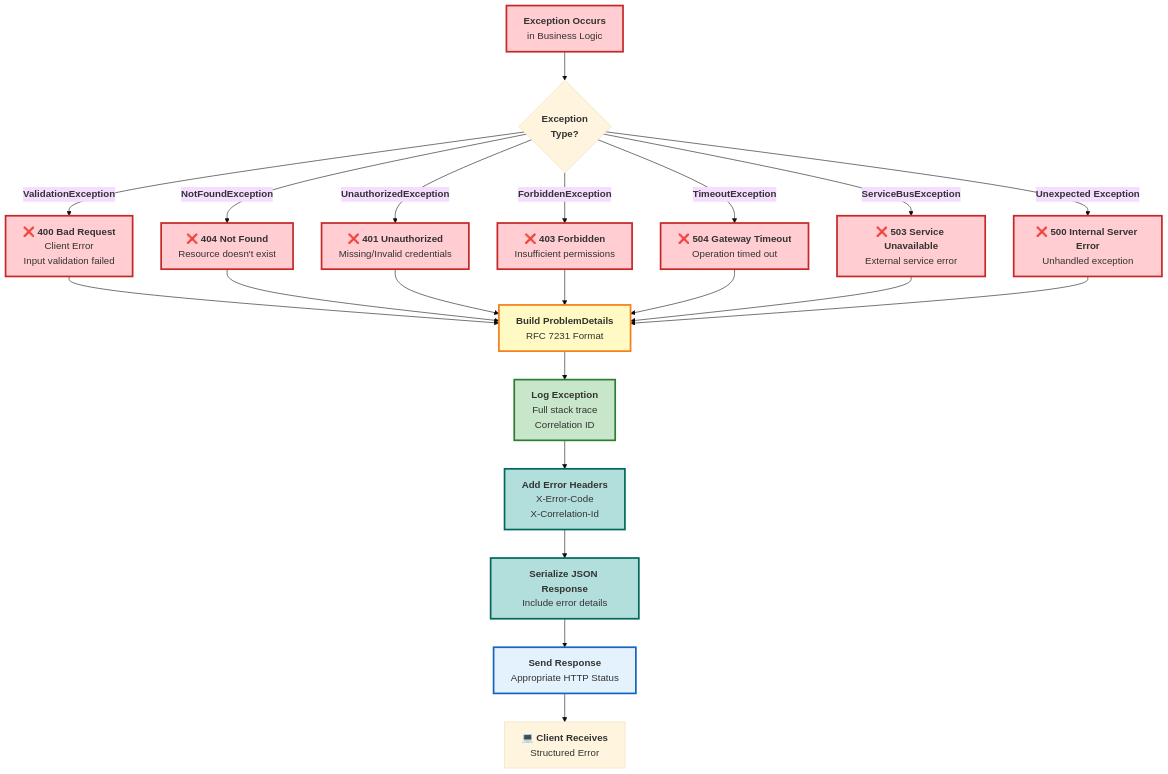
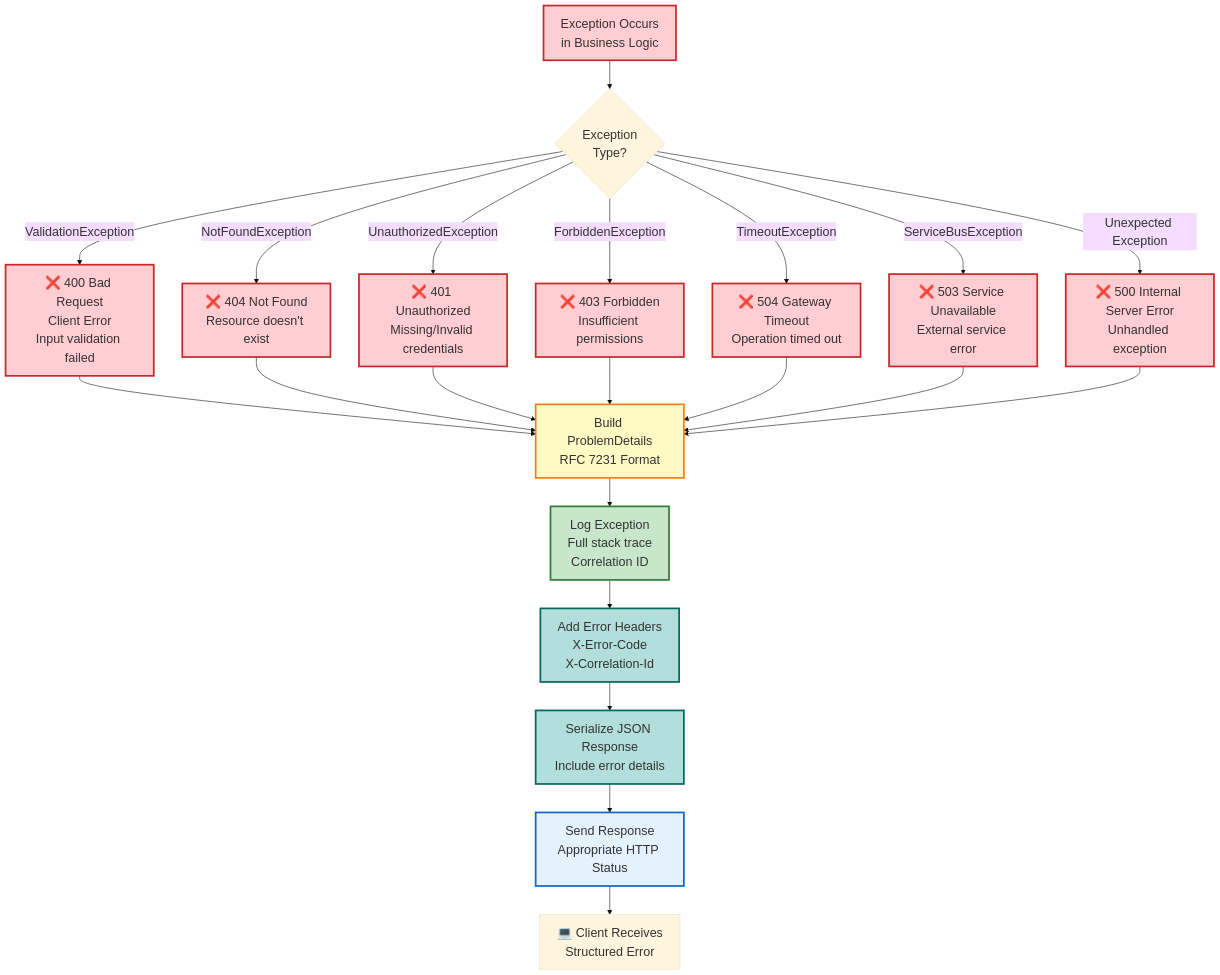
The ninth of 12 diagrams in services/api/ARCHITECTURE.md (debdevops/servicehub), drawn with Mermaid before and after one commit. The commit also changed other lines of this file and 1 other file, not shown here.

````diff
--- a/services/api/ARCHITECTURE.md
+++ b/services/api/ARCHITECTURE.md
@@ -509,41 +509,41 @@
 ```mermaid
-%%{init: {'theme':'base', 'themeVariables': { 'fontSize':'17px'}}}%%
+%%{init: {'theme':'base', 'themeVariables': { 'fontSize':'22px'}}}%%
 graph TD
-    A["<b>Exception Occurs</b><br/>in Business Logic"] --> B{<b>Exception<br/>Type?</b>}
+    A["Exception Occurs<br/>in Business Logic"] --> B{Exception<br/>Type?}
     
-    B -->|<b>ValidationException</b>| C["❌ <b>400 Bad Request</b><br/>Client Error<br/>Input validation failed"]
-    B -->|<b>NotFoundException</b>| D["❌ <b>404 Not Found</b><br/>Resource doesn't exist"]
-    B -->|<b>UnauthorizedException</b>| E["❌ <b>401 Unauthorized</b><br/>Missing/Invalid credentials"]
-    B -->|<b>ForbiddenException</b>| F["❌ <b>403 Forbidden</b><br/>Insufficient permissions"]
-    B -->|<b>TimeoutException</b>| G["❌ <b>504 Gateway Timeout</b><br/>Operation timed out"]
-    B -->|<b>ServiceBusException</b>| H["❌ <b>503 Service Unavailable</b><br/>External service error"]
-    B -->|<b>Unexpected Exception</b>| I["❌ <b>500 Internal Server Error</b><br/>Unhandled exception"]
+    B -->|ValidationException| C["❌ 400 Bad Request<br/>Client Error<br/>Input validation failed"]
+    B -->|NotFoundException| D["❌ 404 Not Found<br/>Resource doesn't exist"]
+    B -->|UnauthorizedException| E["❌ 401 Unauthorized<br/>Missing/Invalid credentials"]
+    B -->|ForbiddenException| F["❌ 403 Forbidden<br/>Insufficient permissions"]
+    B -->|TimeoutException| G["❌ 504 Gateway Timeout<br/>Operation timed out"]
+    B -->|ServiceBusException| H["❌ 503 Service Unavailable<br/>External service error"]
+    B -->|Unexpected Exception| I["❌ 500 Internal Server Error<br/>Unhandled exception"]
     
-    C --> J["<b>Build ProblemDetails</b><br/>RFC 7231 Format"]
+    C --> J["Build ProblemDetails<br/>RFC 7231 Format"]
     D --> J
     E --> J
     F --> J
     G --> J
     H --> J
     I --> J
     
-    J --> K["<b>Log Exception</b><br/>Full stack trace<br/>Correlation ID"]
-    K --> L["<b>Add Error Headers</b><br/>X-Error-Code<br/>X-Correlation-Id"]
-    L --> M["<b>Serialize JSON Response</b><br/>Include error details"]
-    M --> N["<b>Send Response</b><br/>Appropriate HTTP Status"]
-    N --> O["💻 <b>Client Receives</b><br/>Structured Error"]
+    J --> K["Log Exception<br/>Full stack trace<br/>Correlation ID"]
+    K --> L["Add Error Headers<br/>X-Error-Code<br/>X-Correlation-Id"]
+    L --> M["Serialize JSON Response<br/>Include error details"]
+    M --> N["Send Response<br/>Appropriate HTTP Status"]
+    N --> O["💻 Client Receives<br/>Structured Error"]
 
     style A fill:#ffcdd2,stroke:#c62828,stroke-width:3px
     style C fill:#ffcdd2,stroke:#c62828,stroke-width:3px
     style D fill:#ffcdd2,stroke:#c62828,stroke-width:3px
     style E fill:#ffcdd2,stroke:#c62828,stroke-width:3px
     style F fill:#ffcdd2,stroke:#c62828,stroke-width:3px
     style G fill:#ffcdd2,stroke:#c62828,stroke-width:3px
     style H fill:#ffcdd2,stroke:#c62828,stroke-width:3px
     style I fill:#ffcdd2,stroke:#c62828,stroke-width:3px
     style J fill:#fff9c4,stroke:#f57f17,stroke-width:3px
     style K fill:#c8e6c9,stroke:#2e7d32,stroke-width:3px
     style L fill:#b2dfdb,stroke:#00695c,stroke-width:3px
     style M fill:#b2dfdb,stroke:#00695c,stroke-width:3px
     style N fill:#e3f2fd,stroke:#1565c0,stroke-width:3px
 ```
````
